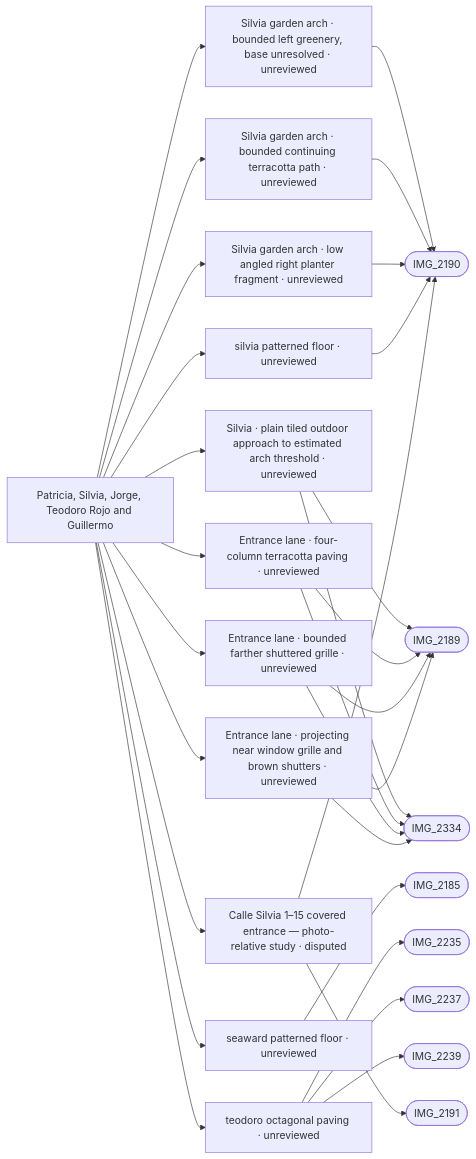
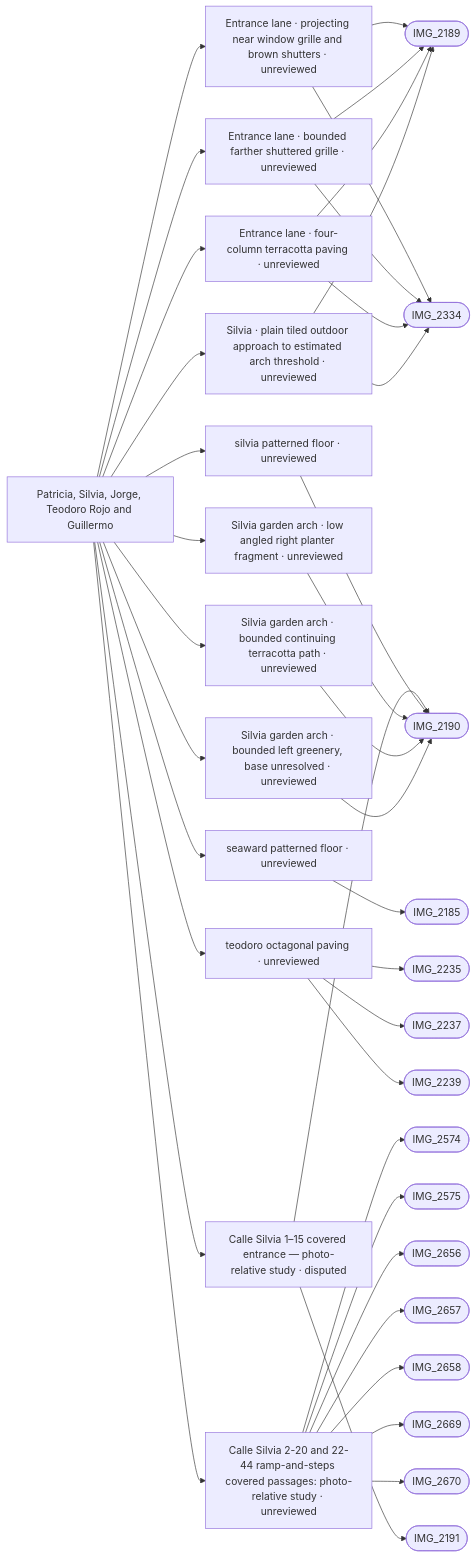
One commit to daveyboyc/villacana-venture changed the diagram in refs/areas/seaward-lanes.md. Above: the diagram before and after it, drawn with Mermaid. The commit also changed other lines of this file and 43 other files, not shown here.

First line of the commit message:
Silvia 2-20 and 22-44 ramp passages: photo-relative study, tasks, renders (WIP)

````diff
--- a/refs/areas/seaward-lanes.md
+++ b/refs/areas/seaward-lanes.md
@@ -53,33 +57,41 @@
 ```mermaid
 graph LR
   A["Patricia, Silvia, Jorge, Teodoro Rojo and Guillermo"]
   A --> F0["Silvia garden arch · bounded left greenery, base unresolved · unreviewed"]
   F0 --> PIMG_2190_jpg(["IMG_2190"])
   A --> F1["Silvia garden arch · bounded continuing terracotta path · unreviewed"]
   F1 --> PIMG_2190_jpg(["IMG_2190"])
   A --> F2["Silvia garden arch · low angled right planter fragment · unreviewed"]
   F2 --> PIMG_2190_jpg(["IMG_2190"])
   A --> F3["Silvia · plain tiled outdoor approach to estimated arch threshold · unreviewed"]
   F3 --> PIMG_2189_jpg(["IMG_2189"])
   F3 --> PIMG_2334_jpg(["IMG_2334"])
   A --> F4["Entrance lane · four-column terracotta paving · unreviewed"]
   F4 --> PIMG_2189_jpg(["IMG_2189"])
   F4 --> PIMG_2334_jpg(["IMG_2334"])
   A --> F5["Entrance lane · bounded farther shuttered grille · unreviewed"]
   F5 --> PIMG_2189_jpg(["IMG_2189"])
   F5 --> PIMG_2334_jpg(["IMG_2334"])
   A --> F6["Entrance lane · projecting near window grille and brown shutters · unreviewed"]
   F6 --> PIMG_2189_jpg(["IMG_2189"])
   F6 --> PIMG_2334_jpg(["IMG_2334"])
   A --> F7["seaward patterned floor · unreviewed"]
   F7 --> PIMG_2185_jpg(["IMG_2185"])
   A --> F8["silvia patterned floor · unreviewed"]
   F8 --> PIMG_2190_jpg(["IMG_2190"])
   A --> F9["teodoro octagonal paving · unreviewed"]
   F9 --> PIMG_2235_jpg(["IMG_2235"])
   F9 --> PIMG_2237_jpg(["IMG_2237"])
   F9 --> PIMG_2239_jpg(["IMG_2239"])
-  A --> F10["Calle Silvia 1–15 covered entrance — photo-relative study · disputed"]
-  F10 --> PIMG_2190_jpg(["IMG_2190"])
-  F10 --> PIMG_2191_jpg(["IMG_2191"])
+  A --> F10["Calle Silvia 2-20 and 22-44 ramp-and-steps covered passages: photo-relative study · unreviewed"]
+  F10 --> PIMG_2574_jpg(["IMG_2574"])
+  F10 --> PIMG_2575_jpg(["IMG_2575"])
+  F10 --> PIMG_2656_jpg(["IMG_2656"])
+  F10 --> PIMG_2657_jpg(["IMG_2657"])
+  F10 --> PIMG_2658_jpg(["IMG_2658"])
+  F10 --> PIMG_2669_jpg(["IMG_2669"])
+  F10 --> PIMG_2670_jpg(["IMG_2670"])
+  A --> F11["Calle Silvia 1–15 covered entrance — photo-relative study · disputed"]
+  F11 --> PIMG_2190_jpg(["IMG_2190"])
+  F11 --> PIMG_2191_jpg(["IMG_2191"])
 ```
````
